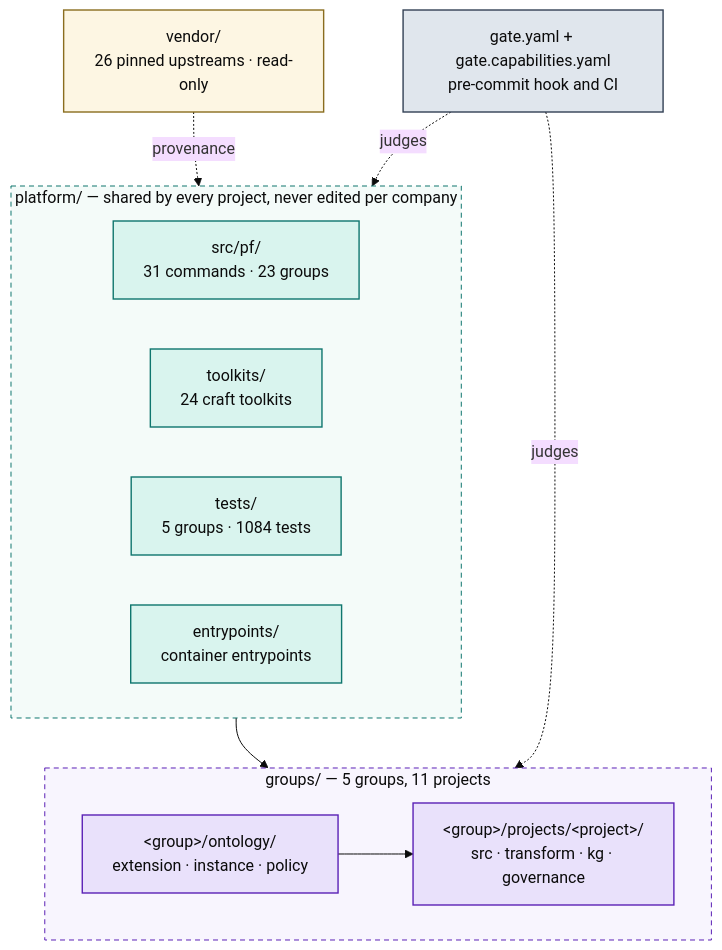
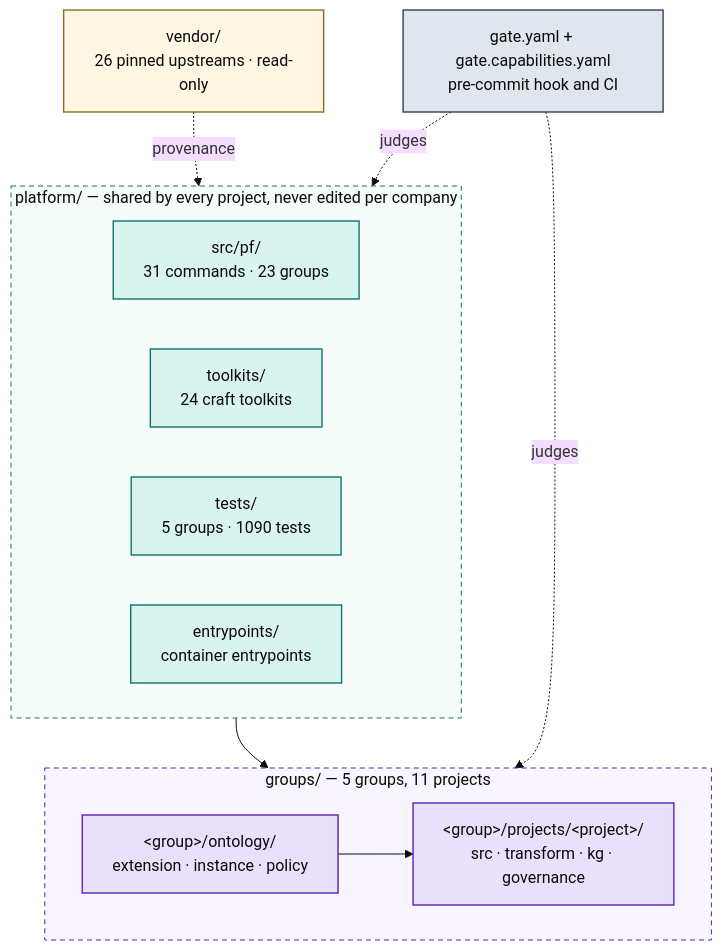
Before and after one commit to Atomz-org/data-platform: the first of 5 diagrams in docs/ARCHITECTURE.md, drawn with Mermaid (base theme). The commit also changed other lines of this file and 9 other files, not shown here.

````diff
--- a/docs/ARCHITECTURE.md
+++ b/docs/ARCHITECTURE.md
@@ -15,36 +15,36 @@
 ```mermaid
 flowchart TB
   subgraph SHARED["platform/ — shared by every project, never edited per company"]
     direction LR
     ENG["src/pf/<br/>31 commands · 23 groups"]
     TK["toolkits/<br/>24 craft toolkits"]
-    TST["tests/<br/>5 groups · 1084 tests"]
+    TST["tests/<br/>5 groups · 1090 tests"]
     ENT["entrypoints/<br/>container entrypoints"]
   end
 
   subgraph ENTITIES["groups/ — 5 groups, 11 projects"]
     direction LR
     GRP["&lt;group&gt;/ontology/<br/>extension · instance · policy"]
     PRJ["&lt;group&gt;/projects/&lt;project&gt;/<br/>src · transform · kg · governance"]
     GRP --> PRJ
   end
 
   VEN["vendor/<br/>26 pinned upstreams · read-only"]
   GATE["gate.yaml + gate.capabilities.yaml<br/>pre-commit hook and CI"]
 
   SHARED --> ENTITIES
   VEN -.provenance.-> SHARED
   GATE -.judges.-> ENTITIES
   GATE -.judges.-> SHARED
 
   classDef code fill:#d9f4ee,stroke:#0f766e,stroke-width:1.4px,color:#0b0b0b
   classDef data fill:#e9e1fb,stroke:#5b21b6,stroke-width:1.4px,color:#0b0b0b
   classDef gov fill:#e0e6ed,stroke:#334155,stroke-width:1.4px,color:#0b0b0b
   classDef ext fill:#fdf6e3,stroke:#8a6d1f,stroke-width:1.4px,color:#0b0b0b
   class ENG,TK,TST,ENT code
   class GRP,PRJ data
   class GATE gov
   class VEN ext
   style SHARED fill:#f4fbf9,stroke:#0f766e,stroke-dasharray:5 4,color:#0b0b0b
   style ENTITIES fill:#f8f5fe,stroke:#5b21b6,stroke-dasharray:5 4,color:#0b0b0b
 ```
````
